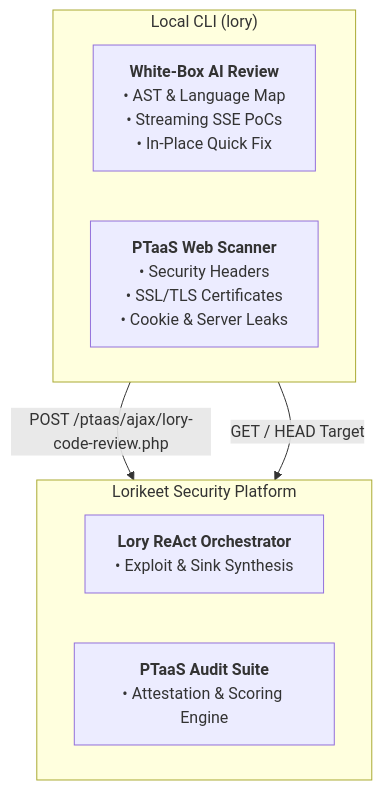
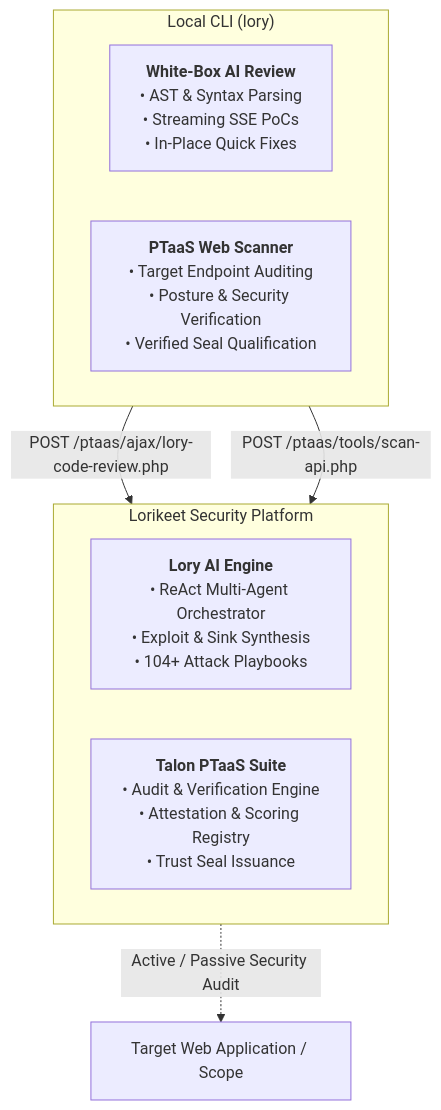
One commit to Lorikeet-Security/lory-cli changed the first of 2 diagrams in README.md. Above: the diagram before and after it, drawn with Mermaid. The commit also changed other lines of this file and 3 other files, not shown here.

Commit message:
Wire lory scan to platform scan-api endpoint and update architecture Mermaid chart

````diff
--- a/README.md
+++ b/README.md
@@ -54,17 +54,20 @@
 ```mermaid
 flowchart TD
     subgraph CLI["Local CLI (lory)"]
         direction LR
-        A["<b>White-Box AI Review</b><br/>• AST & Language Map<br/>• Streaming SSE PoCs<br/>• In-Place Quick Fix"]
-        B["<b>PTaaS Web Scanner</b><br/>• Security Headers<br/>• SSL/TLS Certificates<br/>• Cookie & Server Leaks"]
+        A["<b>White-Box AI Review</b><br/>• AST & Syntax Parsing<br/>• Streaming SSE PoCs<br/>• In-Place Quick Fixes"]
+        B["<b>PTaaS Web Scanner</b><br/>• Target Endpoint Auditing<br/>• Posture & Security Verification<br/>• Verified Seal Qualification"]
     end
 
     subgraph Platform["Lorikeet Security Platform"]
         direction LR
-        C["<b>Lory ReAct Orchestrator</b><br/>• Exploit & Sink Synthesis"]
-        D["<b>PTaaS Audit Suite</b><br/>• Attestation & Scoring Engine"]
+        C["<b>Lory AI Engine</b><br/>• ReAct Multi-Agent Orchestrator<br/>• Exploit & Sink Synthesis<br/>• 104+ Attack Playbooks"]
+        D["<b>Talon PTaaS Suite</b><br/>• Audit & Verification Engine<br/>• Attestation & Scoring Registry<br/>• Trust Seal Issuance"]
     end
 
+    Target["Target Web Application / Scope"]
+
     A -->|"POST /ptaas/ajax/lory-code-review.php"| Platform
-    B -->|"GET / HEAD Target"| Platform
+    B -->|"POST /ptaas/tools/scan-api.php"| Platform
+    Platform -.->|"Active / Passive Security Audit"| Target
 ```
````
